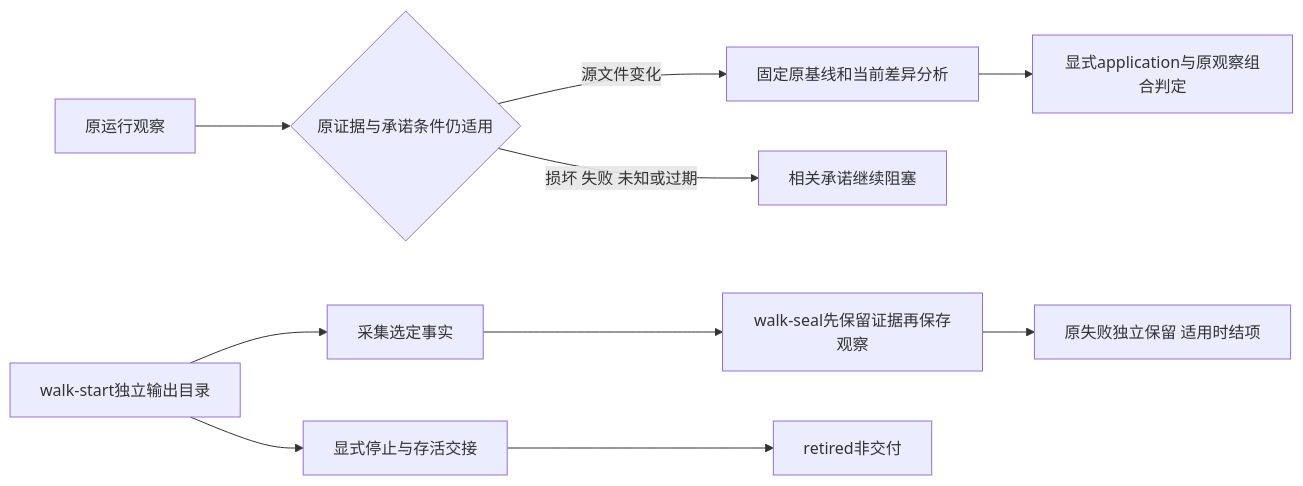
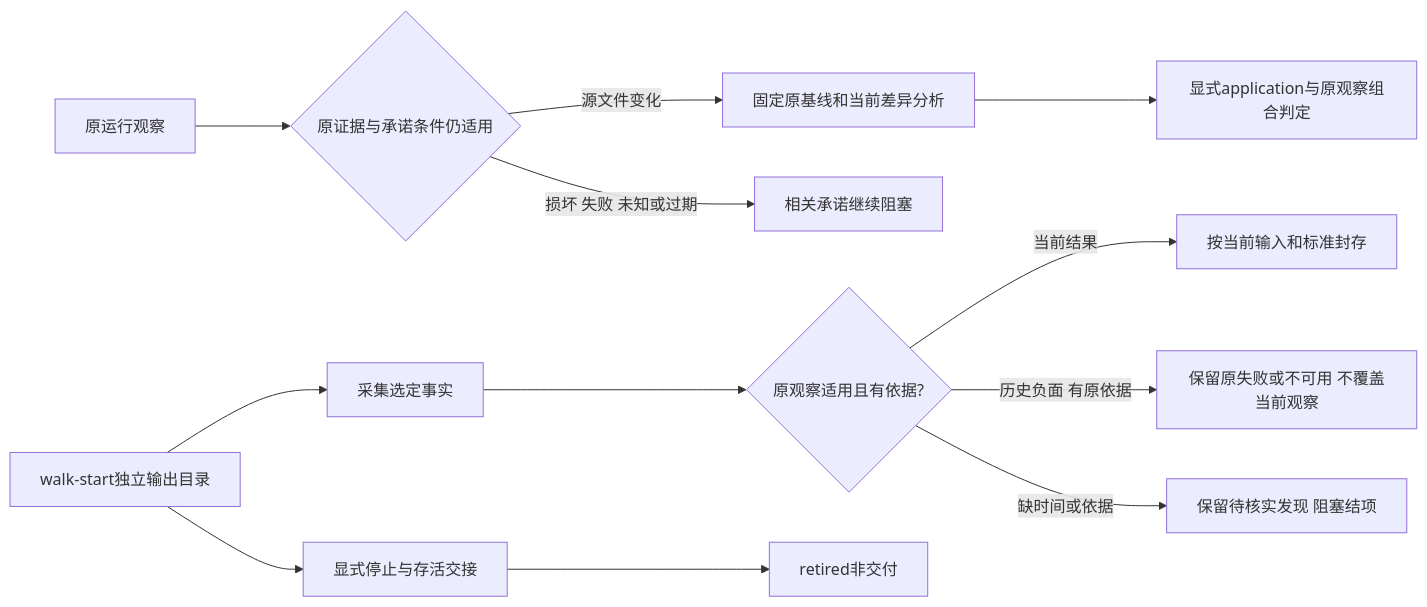
One commit to P3rryW4ng/featrace-dev changed the second of 2 diagrams in docs/usage.md. Above: the diagram before and after it, drawn with Mermaid. The commit also changed other lines of this file and 14 other files, not shown here.

````diff
--- a/docs/usage.md
+++ b/docs/usage.md
@@ -137,12 +148,14 @@
 ```mermaid
 flowchart LR
  A[原运行观察] --> B{原证据与承诺条件仍适用}
  B -->|源文件变化| C[固定原基线和当前差异分析]
  C --> D[显式application与原观察组合判定]
  B -->|损坏 失败 未知或过期| E[相关承诺继续阻塞]
  F[walk-start独立输出目录] --> G[采集选定事实]
- G --> H[walk-seal先保留证据再保存观察]
- H --> I[原失败独立保留 适用时结项]
+ G --> H{原观察适用且有依据?}
+ H -->|当前结果| I[按当前输入和标准封存]
+ H -->|历史负面 有原依据| WN[保留原失败或不可用 不覆盖当前观察]
+ H -->|缺时间或依据| WA[保留待核实发现 阻塞结项]
  F --> J[显式停止与存活交接]
  J --> K[retired非交付]
 ```
````
